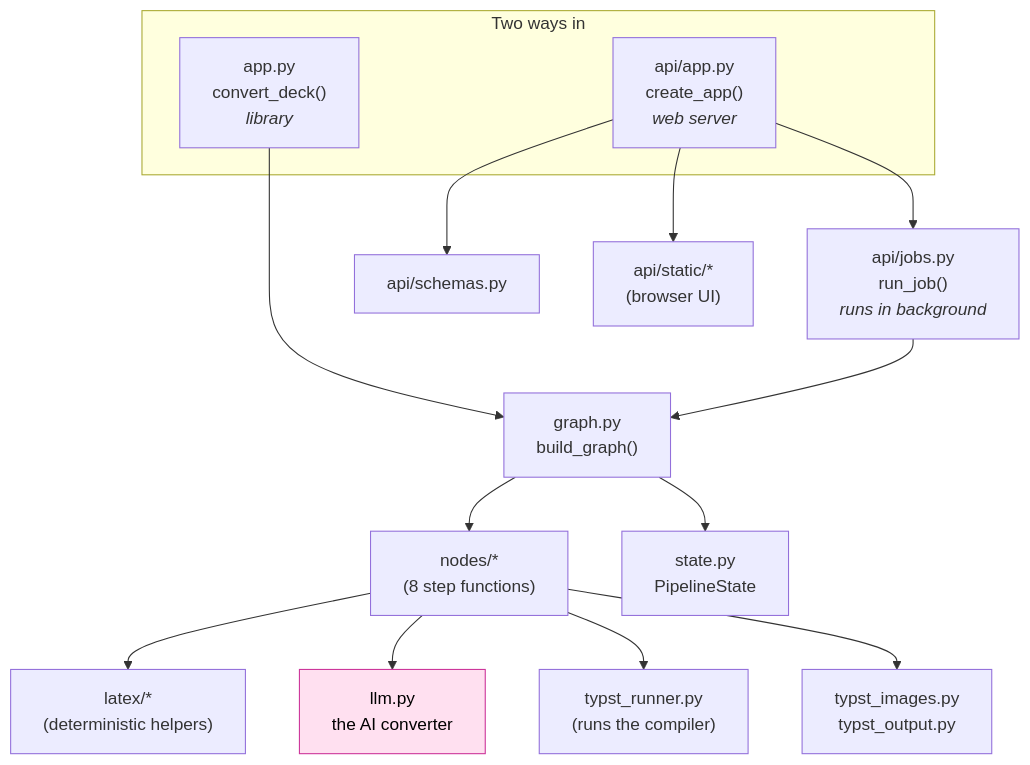
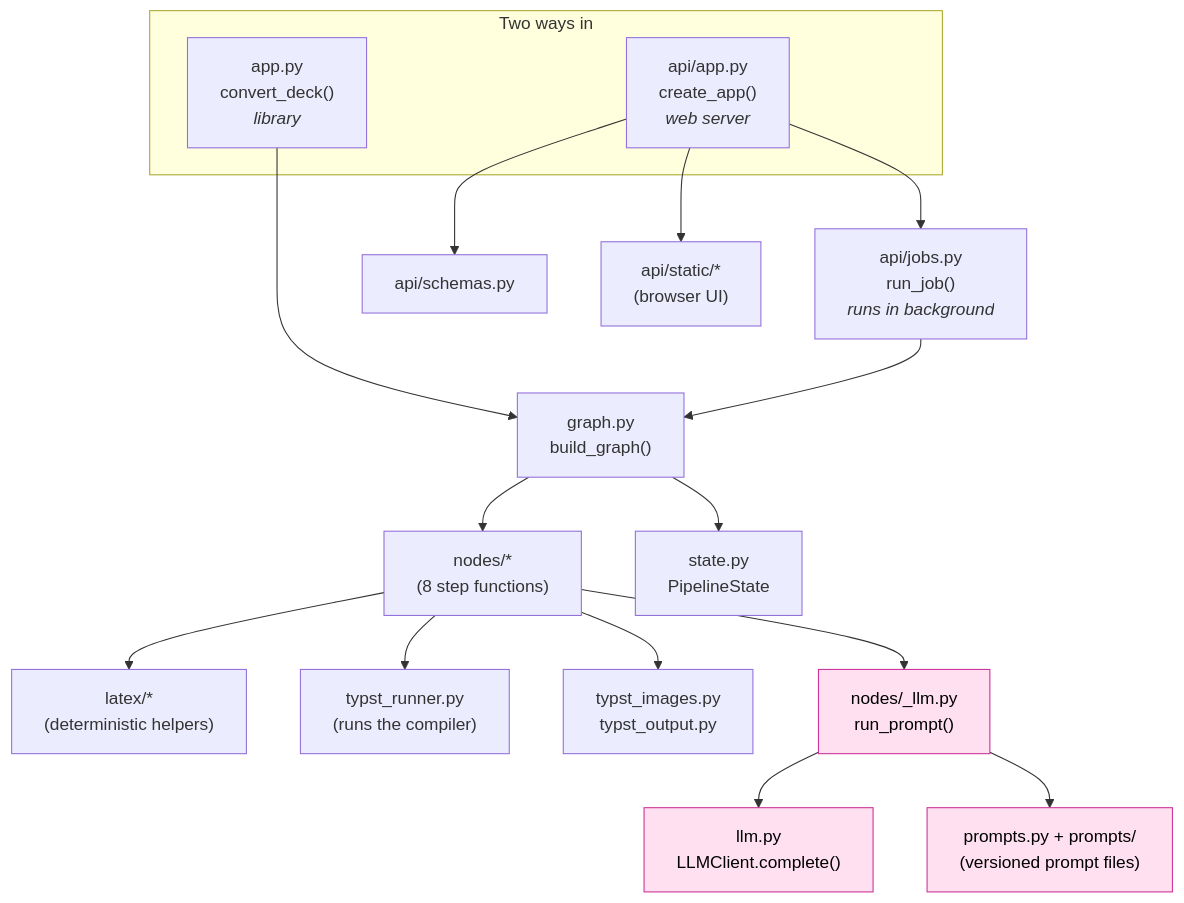
One commit to SushrutGaikwad/b2t changed the second of 11 diagrams in CODEBASE_GUIDE.md. Above: the diagram before and after it, drawn with Mermaid. The commit also changed other lines of this file, not shown here.

First line of the commit message:
docs: rewrite CODEBASE_GUIDE.md for the LLM seam, prompts, UI, and CI

````diff
--- a/CODEBASE_GUIDE.md
+++ b/CODEBASE_GUIDE.md
@@ -124,20 +140,24 @@
 ```mermaid
 flowchart TB
     subgraph entry [Two ways in]
         lib["app.py<br/>convert_deck()<br/><i>library</i>"]
         web["api/app.py<br/>create_app()<br/><i>web server</i>"]
     end
     web --> jobs["api/jobs.py<br/>run_job()<br/><i>runs in background</i>"]
     lib --> gbuild["graph.py<br/>build_graph()"]
     jobs --> gbuild
     gbuild --> nodes["nodes/*<br/>(8 step functions)"]
     nodes --> latex["latex/*<br/>(deterministic helpers)"]
-    nodes --> llm["llm.py<br/>the AI converter"]
     nodes --> runner["typst_runner.py<br/>(runs the compiler)"]
     nodes --> images["typst_images.py<br/>typst_output.py"]
+    nodes --> shared["nodes/_llm.py<br/>run_prompt()"]
+    shared --> llm["llm.py<br/>LLMClient.complete()"]
+    shared --> prompts["prompts.py + prompts/<br/>(versioned prompt files)"]
     gbuild --> state["state.py<br/>PipelineState"]
     web --> schemas["api/schemas.py"]
     web --> static["api/static/*<br/>(browser UI)"]
 
     style llm fill:#ffe0f0,stroke:#cc3399,color:#000
+    style shared fill:#ffe0f0,stroke:#cc3399,color:#000
+    style prompts fill:#ffe0f0,stroke:#cc3399,color:#000
 ```
````
